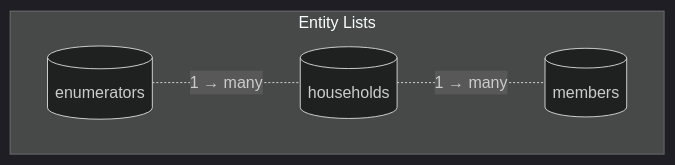
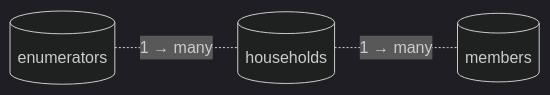
The second of 2 diagrams in docs/tutorial-household-survey.rst (getodk/docs), drawn with Mermaid (dark theme) before and after one commit. The commit also changed other lines of this file, not shown here.

```diff
--- a/docs/tutorial-household-survey.rst
+++ b/docs/tutorial-household-survey.rst
@@ -51,13 +62,10 @@
 .. mermaid::
     :align: center
 
     flowchart LR
-        subgraph Data[Entity Lists]
-            direction LR
-            E[(enumerators)]
-            H[(households)]
-            M[(members)]
-        end
+        E[(enumerators)]
+        H[(households)]
+        M[(members)]
 
         E -.- |1 → many| H
         H -.- |1 → many | M
```
